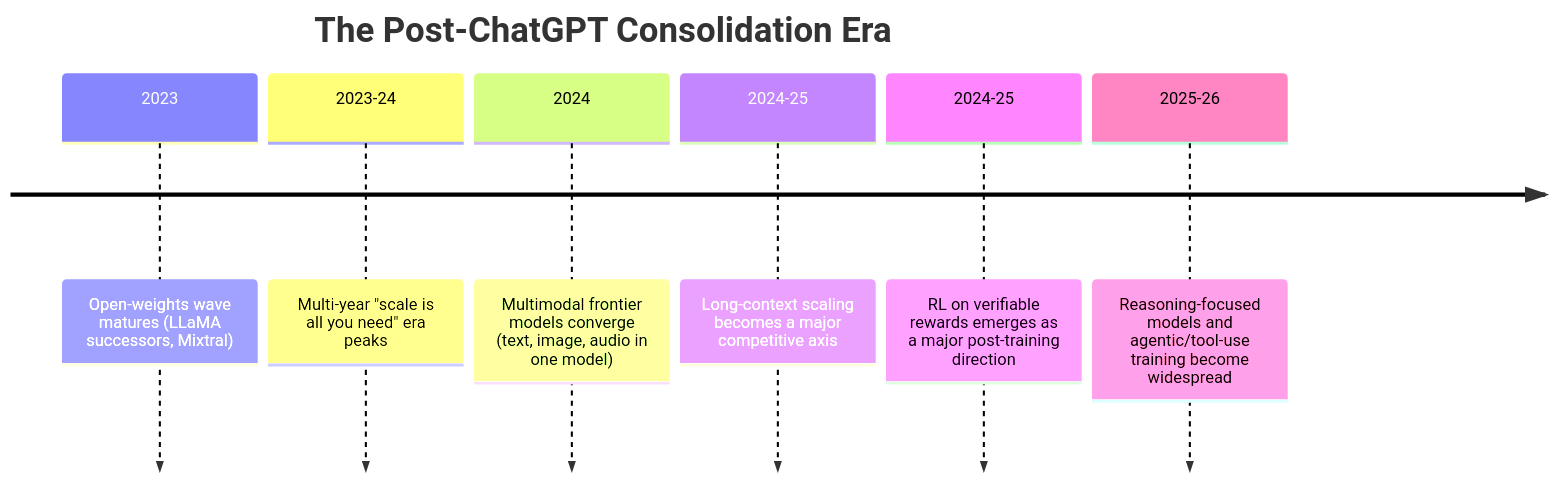
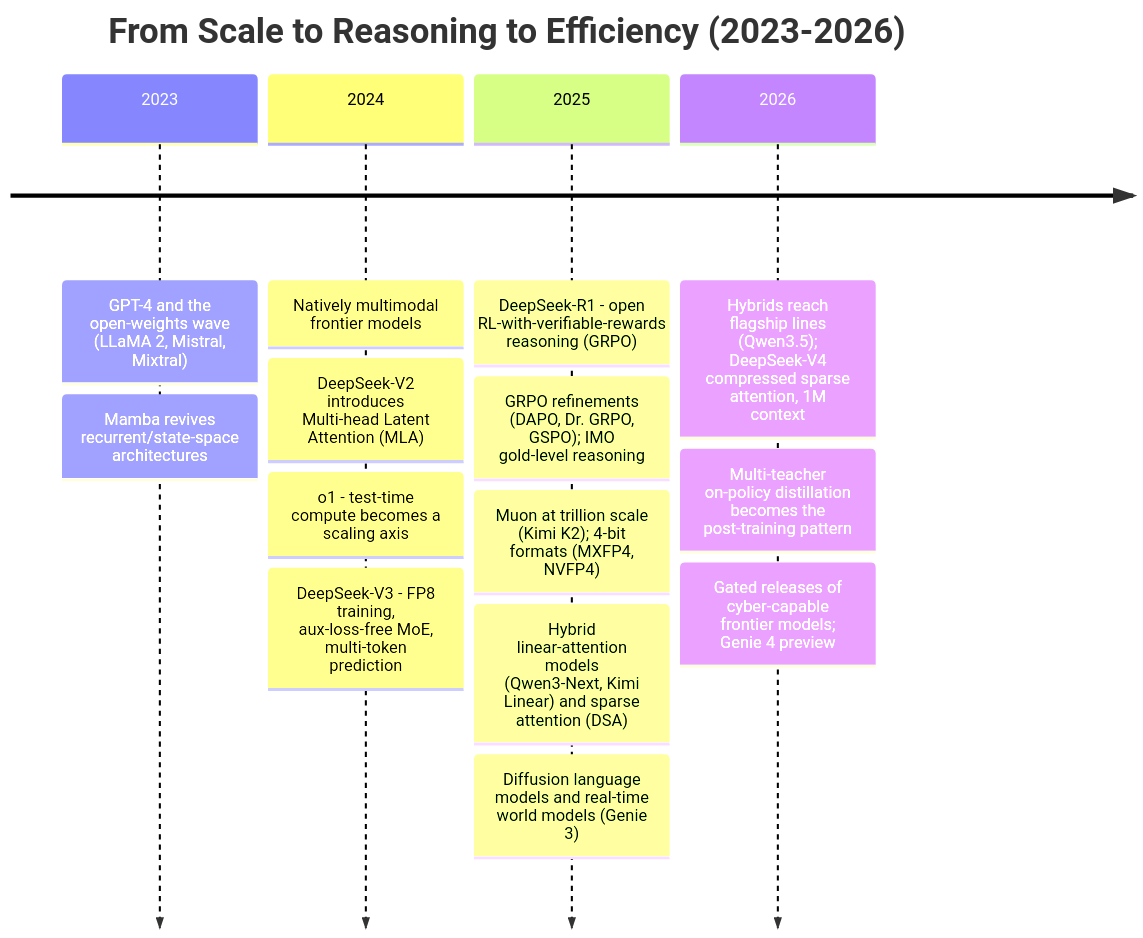
One commit to FrankHuang94/ML_AI_Algorithm_Calude_Sonet_5 changed the diagram in 11 Chinese translation/docs/08-history/timeline-2023-present.md. Above: the diagram before and after it, drawn with Mermaid. The commit also changed other lines of this file and 11 other files, not shown here.

First line of the commit message:
v3 currency update (part 1): 2023-present timeline, comparison tables, taxonomy, README through Nov 2026 (EN + ZH)

````diff
--- a/11 Chinese translation/docs/08-history/timeline-2023-present.md
+++ b/11 Chinese translation/docs/08-history/timeline-2023-present.md
@@ -7,10 +9,18 @@
 ```mermaid
 timeline
-    title The Post-ChatGPT Consolidation Era
-    2023 : Open-weights wave matures (LLaMA successors, Mixtral)
-    2023-24 : Multi-year "scale is all you need" era peaks
-    2024 : Multimodal frontier models converge (text, image, audio in one model)
-    2024-25 : Long-context scaling becomes a major competitive axis
-    2024-25 : RL on verifiable rewards emerges as a major post-training direction
-    2025-26 : Reasoning-focused models and agentic/tool-use training become widespread
+    title From Scale to Reasoning to Efficiency (2023-2026)
+    2023 : GPT-4 and the open-weights wave (LLaMA 2, Mistral, Mixtral)
+         : Mamba revives recurrent/state-space architectures
+    2024 : Natively multimodal frontier models
+         : DeepSeek-V2 introduces Multi-head Latent Attention (MLA)
+         : o1 - test-time compute becomes a scaling axis
+         : DeepSeek-V3 - FP8 training, aux-loss-free MoE, multi-token prediction
+    2025 : DeepSeek-R1 - open RL-with-verifiable-rewards reasoning (GRPO)
+         : GRPO refinements (DAPO, Dr. GRPO, GSPO); IMO gold-level reasoning
+         : Muon at trillion scale (Kimi K2); 4-bit formats (MXFP4, NVFP4)
+         : Hybrid linear-attention models (Qwen3-Next, Kimi Linear) and sparse attention (DSA)
+         : Diffusion language models and real-time world models (Genie 3)
+    2026 : Hybrids reach flagship lines (Qwen3.5); DeepSeek-V4 compressed sparse attention, 1M context
+         : Multi-teacher on-policy distillation becomes the post-training pattern
+         : Gated releases of cyber-capable frontier models; Genie 4 preview
 ```
````
